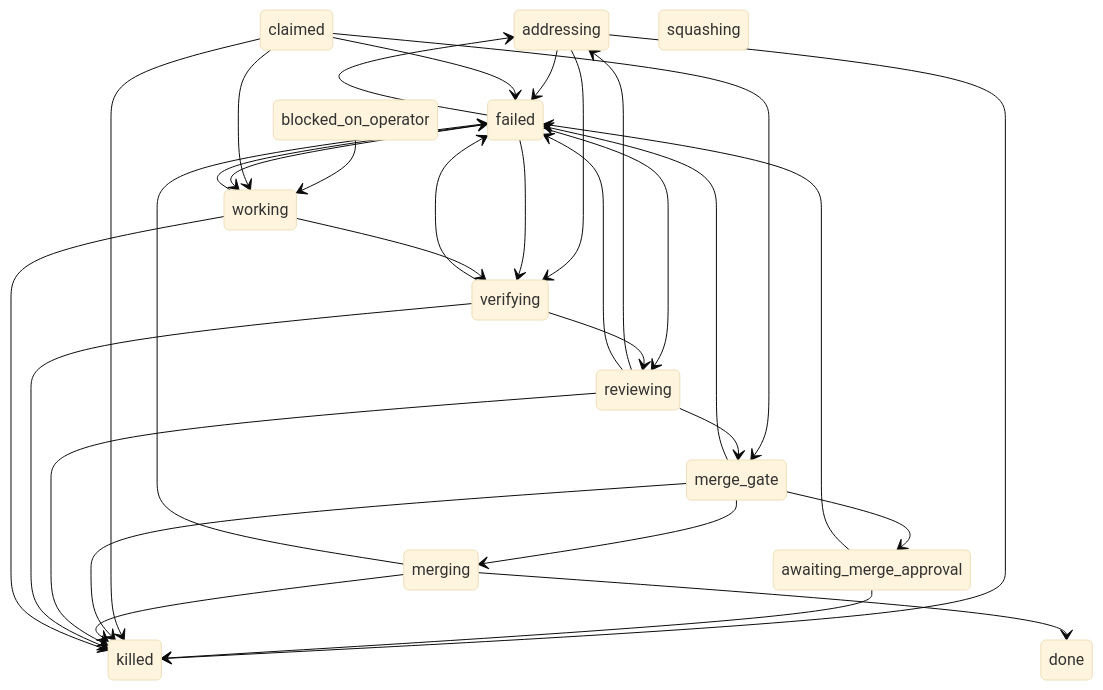
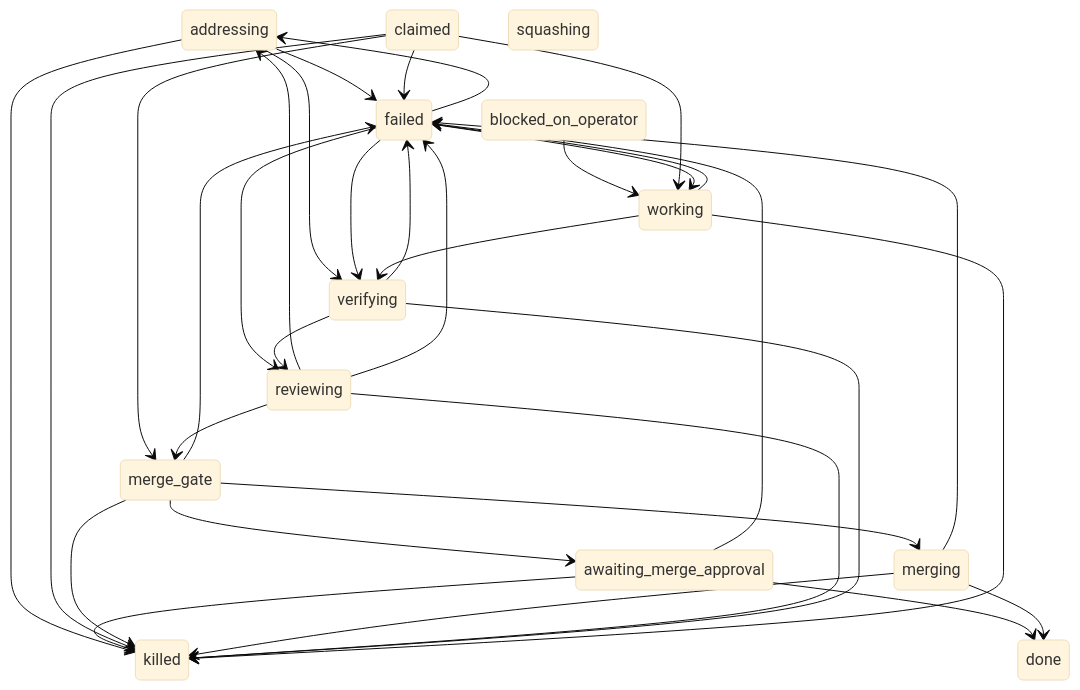
One commit to wevial/holophyte changed the second of 2 diagrams in docs/loop.md. Above: the diagram before and after it, drawn with Mermaid (base theme). The commit also changed other lines of this file and 5 other files, not shown here.

````diff
--- a/docs/loop.md
+++ b/docs/loop.md
@@ -199,47 +211,48 @@
 ```mermaid
 stateDiagram-v2
     addressing
     awaiting_merge_approval
     blocked_on_operator
     claimed
     done
     failed
     killed
     merge_gate
     merging
     reviewing
     squashing
     verifying
     working
     addressing --> failed
     addressing --> killed
     addressing --> verifying
+    awaiting_merge_approval --> done
     awaiting_merge_approval --> failed
     awaiting_merge_approval --> killed
     blocked_on_operator --> working
     claimed --> failed
     claimed --> killed
     claimed --> merge_gate
     claimed --> working
     failed --> addressing
     failed --> reviewing
     failed --> verifying
     failed --> working
     merge_gate --> awaiting_merge_approval
     merge_gate --> failed
     merge_gate --> killed
     merge_gate --> merging
     merging --> done
     merging --> failed
     merging --> killed
     reviewing --> addressing
     reviewing --> failed
     reviewing --> killed
     reviewing --> merge_gate
     verifying --> failed
     verifying --> killed
     verifying --> reviewing
     working --> failed
     working --> killed
     working --> verifying
 ```
````
